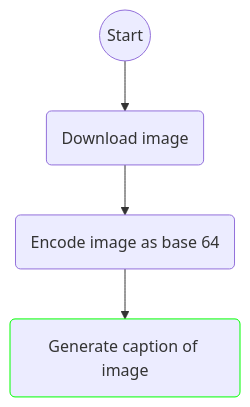
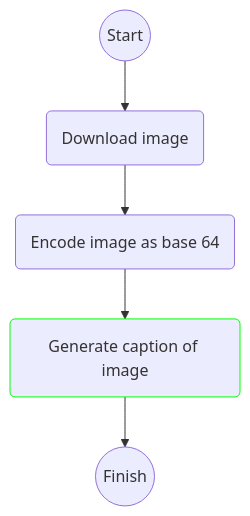
The third of 3 diagrams in README.md (yaoxinmeng/recommender), drawn with Mermaid before and after one commit. The commit also changed 1 other file, not shown here.

````diff
--- a/README.md
+++ b/README.md
@@ -60,8 +60,9 @@
 ```mermaid
 graph TD;
   S((Start))-->A(Download image)
   A-->B(Encode image as base 64)
   B-->C(Generate caption of image)
-
+  C-->D((Finish))
+  
   style C stroke:#0f0
 ```
````
